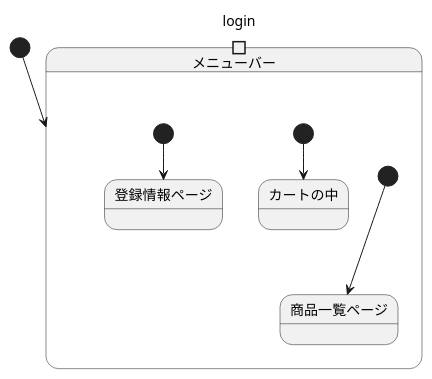
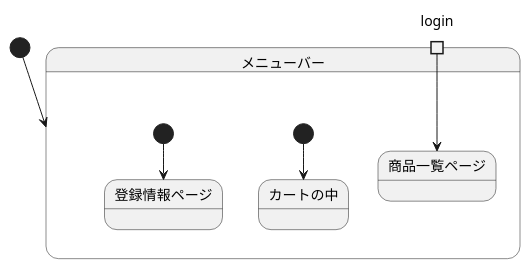
One commit to Aso2001385/2021sys-design changed the diagram in sample/StateMachine.md. Above: the diagram before and after it, drawn with PlantUML.

````diff
--- a/sample/StateMachine.md
+++ b/sample/StateMachine.md
@@ -1,20 +1,21 @@
 ```uml
 @startuml
 
 [*] --> メニューバー
 state メニューバー {
  state login <<inputPin>>
  
- [*] --> 商品一覧ページ
+ 
+ login --> 商品一覧ページ
  ||
  [*] --> カートの中 
  ||
  [*] --> 登録情報ページ
 }
 
 
 
 
 
 @enduml
 ```
````
